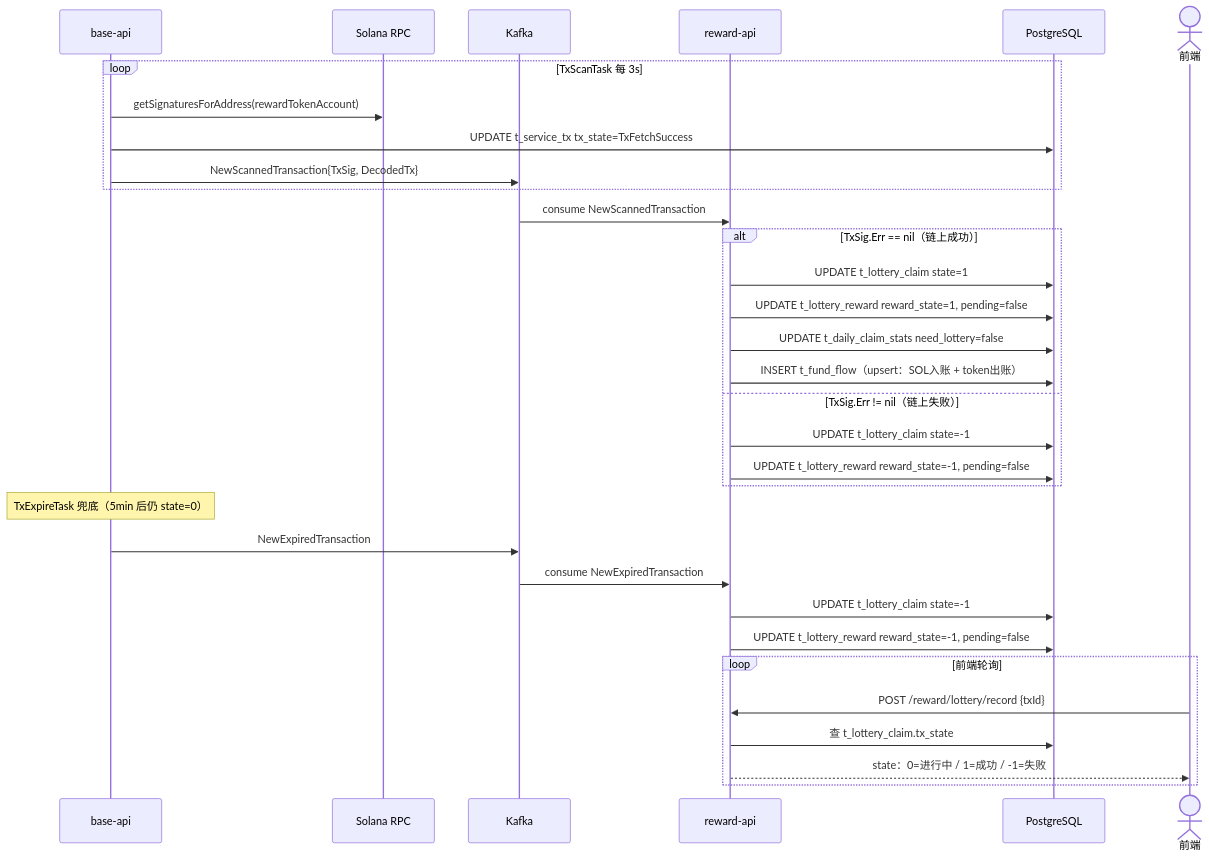
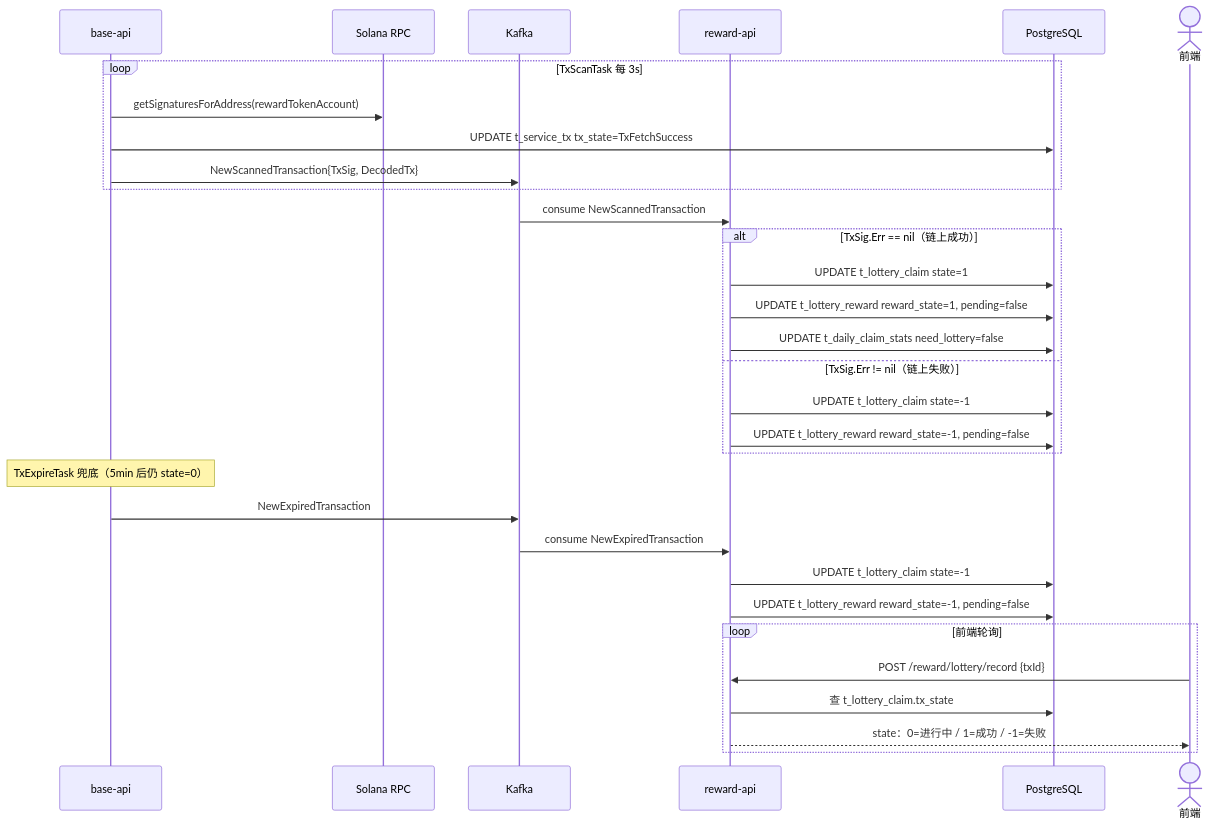
One commit to BillInUK/oshit-go changed the fourth of 7 diagrams in docs/v1/reward_lottery.md. Above: the diagram before and after it, drawn with Mermaid. The commit also changed other lines of this file and 20 other files, not shown here.

````diff
--- a/docs/v1/reward_lottery.md
+++ b/docs/v1/reward_lottery.md
@@ -179,38 +179,37 @@
 ```mermaid
 sequenceDiagram
     participant B as base-api
     participant SOL as Solana RPC
     participant K as Kafka
     participant R as reward-api
     participant DB as PostgreSQL
     actor FE as 前端
 
     loop TxScanTask 每 3s
         B->>SOL: getSignaturesForAddress(rewardTokenAccount)
         B->>DB: UPDATE t_service_tx tx_state=TxFetchSuccess
         B->>K: NewScannedTransaction{TxSig, DecodedTx}
     end
 
     K->>R: consume NewScannedTransaction
     alt TxSig.Err == nil（链上成功）
         R->>DB: UPDATE t_lottery_claim state=1
         R->>DB: UPDATE t_lottery_reward reward_state=1, pending=false
         R->>DB: UPDATE t_daily_claim_stats need_lottery=false
-        R->>DB: INSERT t_fund_flow（upsert：SOL入账 + token出账）
     else TxSig.Err != nil（链上失败）
         R->>DB: UPDATE t_lottery_claim state=-1
         R->>DB: UPDATE t_lottery_reward reward_state=-1, pending=false
     end
 
     Note over B: TxExpireTask 兜底（5min 后仍 state=0）
     B->>K: NewExpiredTransaction
     K->>R: consume NewExpiredTransaction
     R->>DB: UPDATE t_lottery_claim state=-1
     R->>DB: UPDATE t_lottery_reward reward_state=-1, pending=false
 
     loop 前端轮询
         FE->>R: POST /reward/lottery/record {txId}
         R->>DB: 查 t_lottery_claim.tx_state
         R-->>FE: state：0=进行中 / 1=成功 / -1=失败
     end
 ```
````
